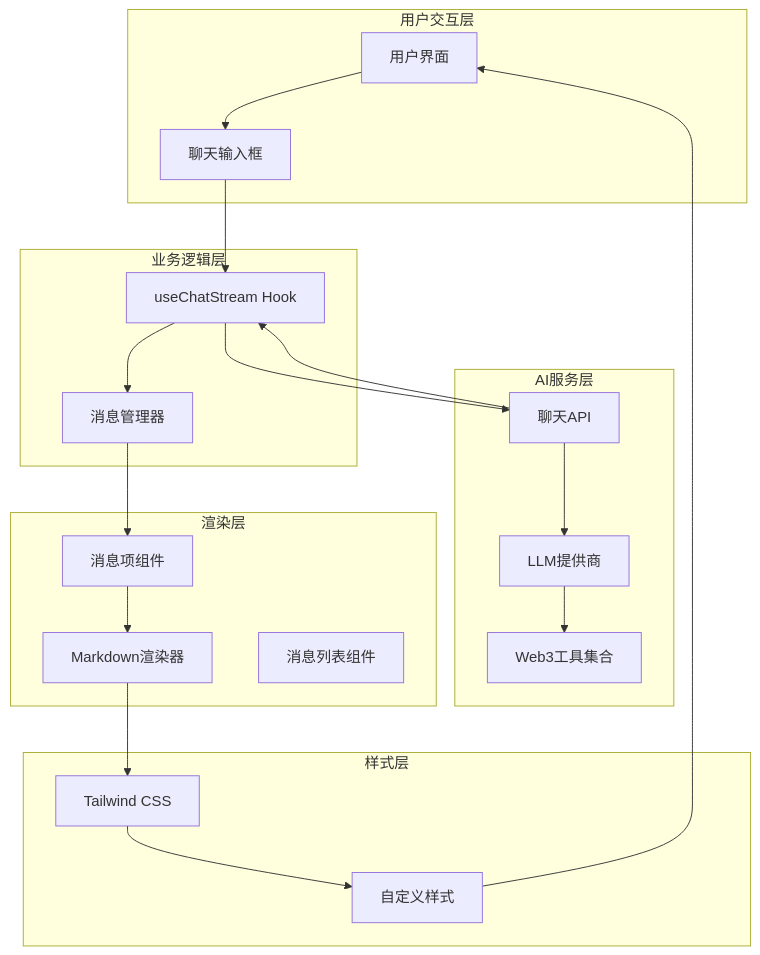
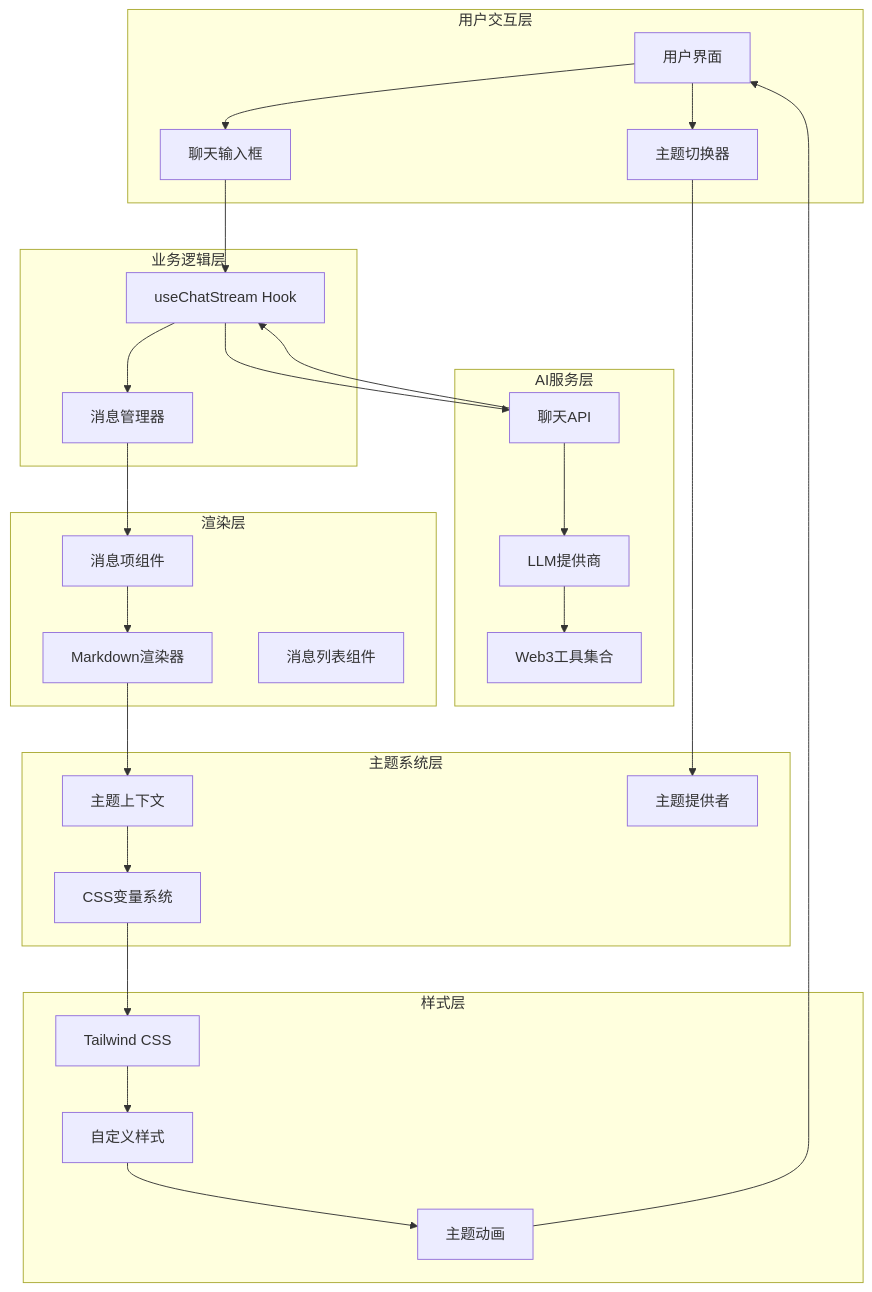
The third of 9 diagrams in .qoder/repowiki/zh/content/项目概述/整体架构概览/Web应用程序/Markdown渲染功能.md (CryptoLinxu/Web3-AI-Agent), drawn with Mermaid before and after one commit. The commit also changed other lines of this file and 11 other files, not shown here.

````diff
--- a/.qoder/repowiki/zh/content/项目概述/整体架构概览/Web应用程序/Markdown渲染功能.md
+++ b/.qoder/repowiki/zh/content/项目概述/整体架构概览/Web应用程序/Markdown渲染功能.md
@@ -126,37 +161,49 @@
 ```mermaid
 graph TB
 subgraph "用户交互层"
 UI[用户界面]
 Input[聊天输入框]
+ThemeSwitcher[主题切换器]
 end
 subgraph "业务逻辑层"
 StreamHook[useChatStream Hook]
 MessageManager[消息管理器]
 end
 subgraph "AI服务层"
 ChatAPI[聊天API]
 LLMProvider[LLM提供商]
 Tools[Web3工具集合]
 end
+subgraph "主题系统层"
+ThemeContext[主题上下文]
+ThemeProvider[主题提供者]
+CSSVariables[CSS变量系统]
+end
 subgraph "渲染层"
 MarkdownRenderer[Markdown渲染器]
 MessageItem[消息项组件]
 MessageList[消息列表组件]
 end
 subgraph "样式层"
 Tailwind[Tailwind CSS]
 CustomStyles[自定义样式]
+Animations[主题动画]
 end
 UI --> Input
+UI --> ThemeSwitcher
 Input --> StreamHook
+ThemeSwitcher --> ThemeProvider
 StreamHook --> ChatAPI
 ChatAPI --> LLMProvider
 LLMProvider --> Tools
 ChatAPI --> StreamHook
 StreamHook --> MessageManager
 MessageManager --> MessageItem
 MessageItem --> MarkdownRenderer
-MarkdownRenderer --> Tailwind
+MarkdownRenderer --> ThemeContext
+ThemeContext --> CSSVariables
+CSSVariables --> Tailwind
 Tailwind --> CustomStyles
-CustomStyles --> UI
+CustomStyles --> Animations
+Animations --> UI
 ```
````
